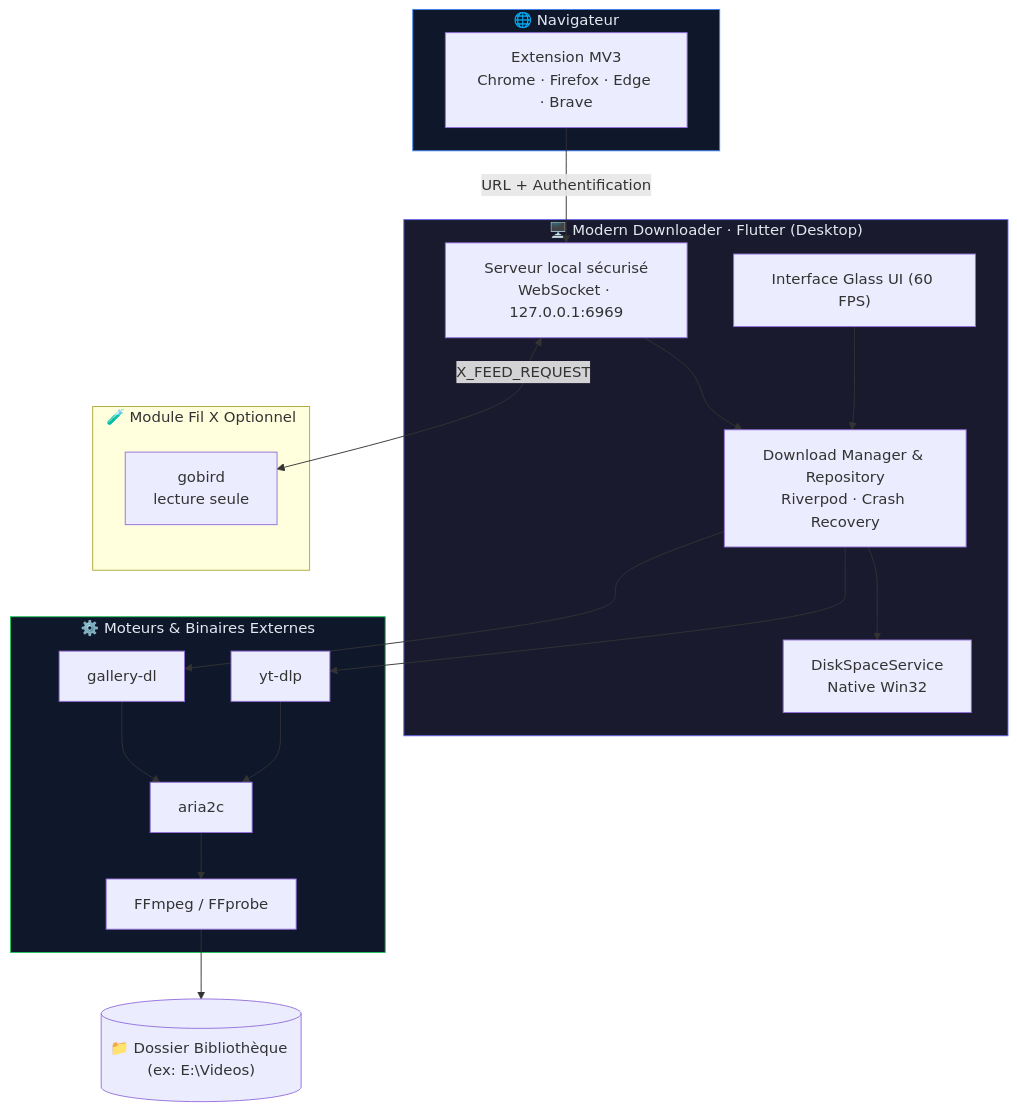
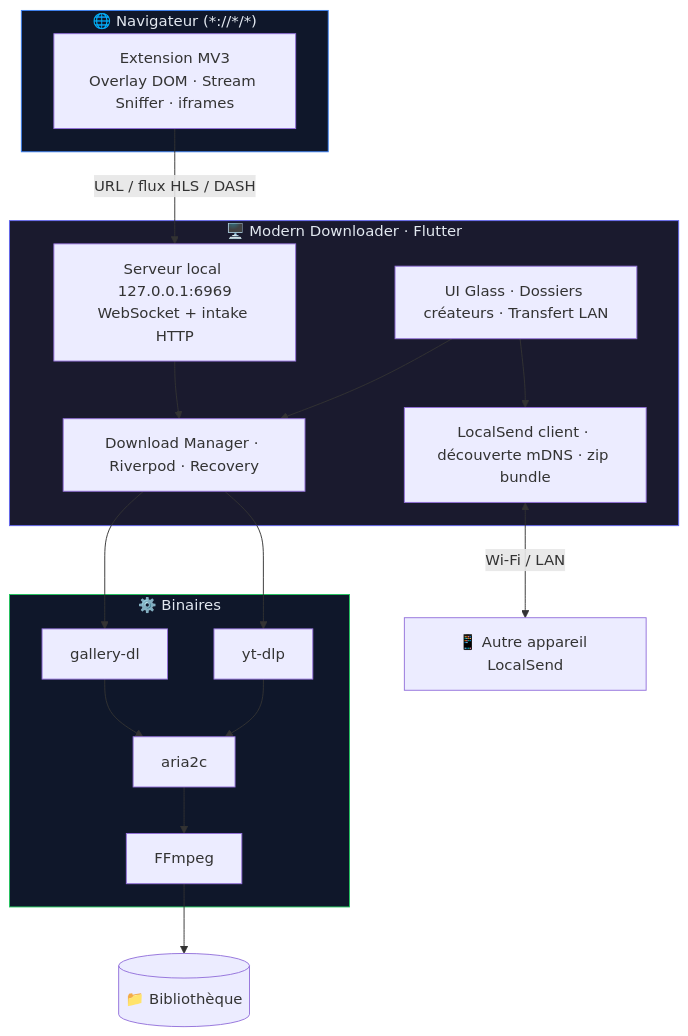
One commit to itsnazzym/Downloader changed the diagram in README.md. Above: the diagram before and after it, drawn with Mermaid. The commit also changed other lines of this file and 158 other files, not shown here.

First line of the commit message:
feat: universal extension, LAN transfer, creator folders, and docs overhaul

````diff
--- a/README.md
+++ b/README.md
@@ -41,38 +59,32 @@
 ```mermaid
 flowchart TB
-    subgraph Browser["🌐 Navigateur"]
-        EXT["Extension MV3<br/>Chrome · Firefox · Edge · Brave"]
+    subgraph Browser["🌐 Navigateur (*://*/*)"]
+        EXT["Extension MV3<br/>Overlay DOM · Stream Sniffer · iframes"]
     end
 
-    subgraph App["🖥️ Modern Downloader · Flutter (Desktop)"]
-        UI["Interface Glass UI (60 FPS)"]
-        WS["Serveur local sécurisé<br/>WebSocket · 127.0.0.1:6969"]
-        REPO["Download Manager & Repository<br/>Riverpod · Crash Recovery"]
-        DISK_SRV["DiskSpaceService<br/>Native Win32"]
+    subgraph App["🖥️ Modern Downloader · Flutter"]
+        UI["UI Glass · Dossiers créateurs · Transfert LAN"]
+        WS["Serveur local 127.0.0.1:6969<br/>WebSocket + intake HTTP"]
+        REPO["Download Manager · Riverpod · Recovery"]
+        LAN["LocalSend client · découverte mDNS · zip bundle"]
     end
 
-    subgraph Engines["⚙️ Moteurs & Binaires Externes"]
+    subgraph Engines["⚙️ Binaires"]
         YT["yt-dlp"]
         GD["gallery-dl"]
         A2["aria2c"]
-        FF["FFmpeg / FFprobe"]
+        FF["FFmpeg"]
     end
 
-    subgraph XFeed["🧪 Module Fil X Optionnel"]
-        GOBIRD["gobird<br/>lecture seule"]
-    end
-
-    EXT -->|"URL + Authentification"| WS
+    EXT -->|"URL / flux HLS / DASH"| WS
     UI --> REPO
     WS --> REPO
-    WS <-->|"X_FEED_REQUEST"| GOBIRD
-    REPO --> DISK_SRV
     REPO --> YT & GD
-    YT & GD --> A2
-    A2 --> FF
-    FF --> DEST[("📁 Dossier Bibliothèque (ex: E:\Videos)")]
+    YT & GD --> A2 --> FF --> DEST[("📁 Bibliothèque")]
+    UI --> LAN
+    LAN <-->|"Wi-Fi / LAN"| PEER["📱 Autre appareil LocalSend"]
 
     style App fill:#1a1a2e,stroke:#6366f1,color:#e2e8f0
     style Browser fill:#0f172a,stroke:#3b82f6,color:#e2e8f0
     style Engines fill:#0f172a,stroke:#22c55e,color:#e2e8f0
 ```
````
